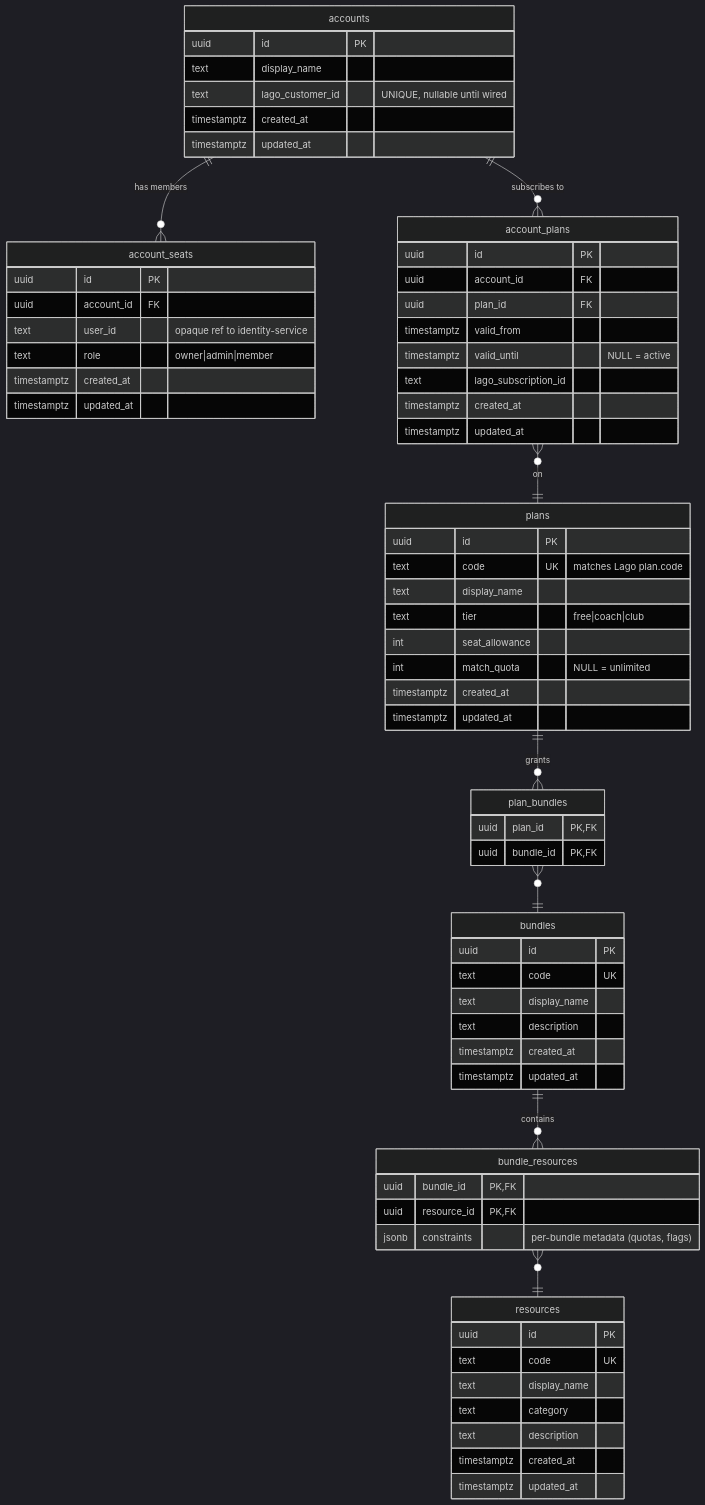
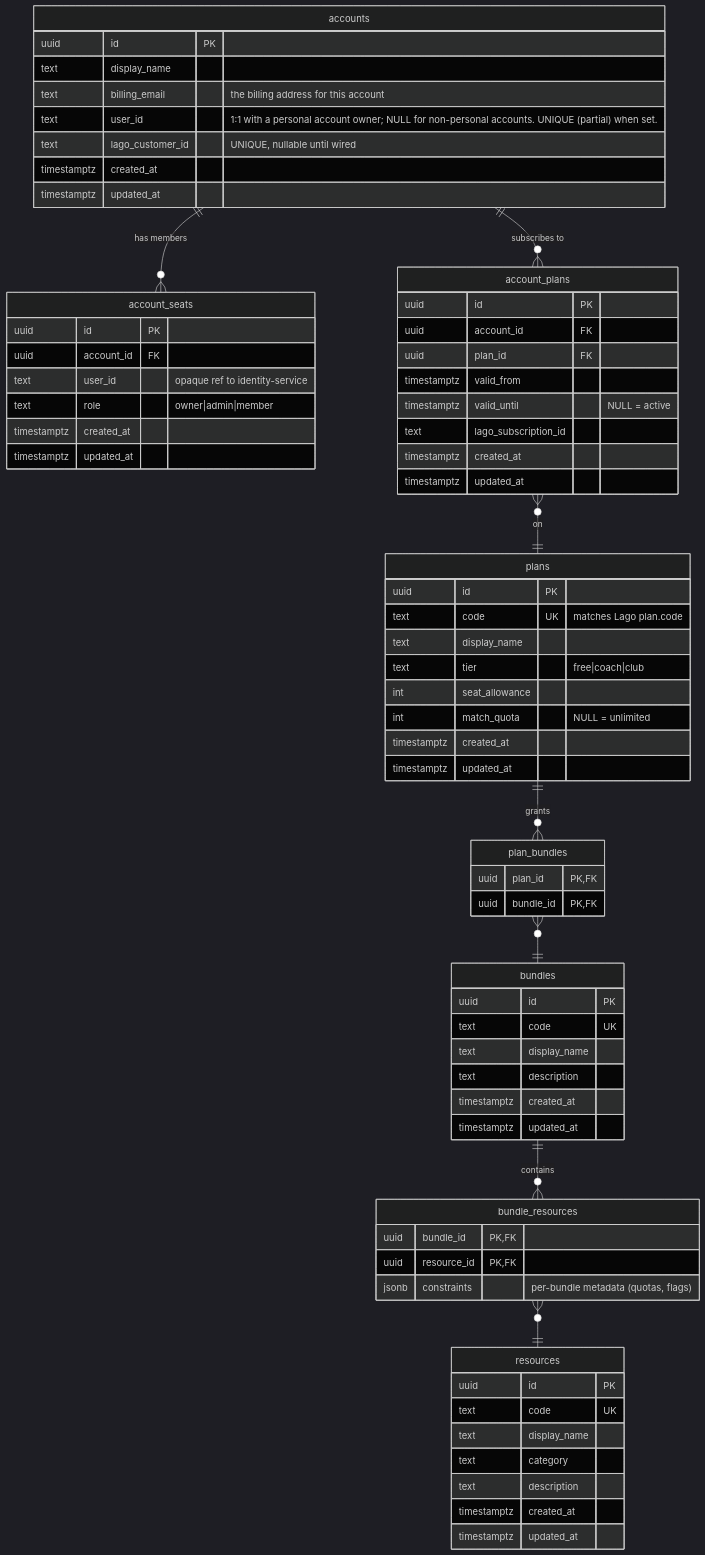
The diagram in services/entitlements-service/docs/schema.md (jedi-knights/identity-platform-go), drawn with Mermaid (dark theme) before and after one commit. The commit also changed other lines of this file and 2 other files, not shown here.

First line of the commit message:
feat(entitlements-service): add billing_email + user_id to accounts (E7-S1a) (#213)

````diff
--- a/services/entitlements-service/docs/schema.md
+++ b/services/entitlements-service/docs/schema.md
@@ -9,72 +9,74 @@
 ```mermaid
 erDiagram
     accounts ||--o{ account_seats : "has members"
     accounts ||--o{ account_plans : "subscribes to"
     account_plans }o--|| plans : "on"
     plans ||--o{ plan_bundles : "grants"
     plan_bundles }o--|| bundles : ""
     bundles ||--o{ bundle_resources : "contains"
     bundle_resources }o--|| resources : ""
 
     accounts {
         uuid id PK
         text display_name
+        text billing_email "the billing address for this account"
+        text user_id "1:1 with a personal account owner; NULL for non-personal accounts. UNIQUE (partial) when set."
         text lago_customer_id "UNIQUE, nullable until wired"
         timestamptz created_at
         timestamptz updated_at
     }
     account_seats {
         uuid id PK
         uuid account_id FK
         text user_id "opaque ref to identity-service"
         text role "owner|admin|member"
         timestamptz created_at
         timestamptz updated_at
     }
     account_plans {
         uuid id PK
         uuid account_id FK
         uuid plan_id FK
         timestamptz valid_from
         timestamptz valid_until "NULL = active"
         text lago_subscription_id
         timestamptz created_at
         timestamptz updated_at
     }
     plans {
         uuid id PK
         text code UK "matches Lago plan.code"
         text display_name
         text tier "free|coach|club"
         int seat_allowance
         int match_quota "NULL = unlimited"
         timestamptz created_at
         timestamptz updated_at
     }
     plan_bundles {
         uuid plan_id PK,FK
         uuid bundle_id PK,FK
     }
     bundles {
         uuid id PK
         text code UK
         text display_name
         text description
         timestamptz created_at
         timestamptz updated_at
     }
     bundle_resources {
         uuid bundle_id PK,FK
         uuid resource_id PK,FK
         jsonb constraints "per-bundle metadata (quotas, flags)"
     }
     resources {
         uuid id PK
         text code UK
         text display_name
         text category
         text description
         timestamptz created_at
         timestamptz updated_at
     }
 ```
````
